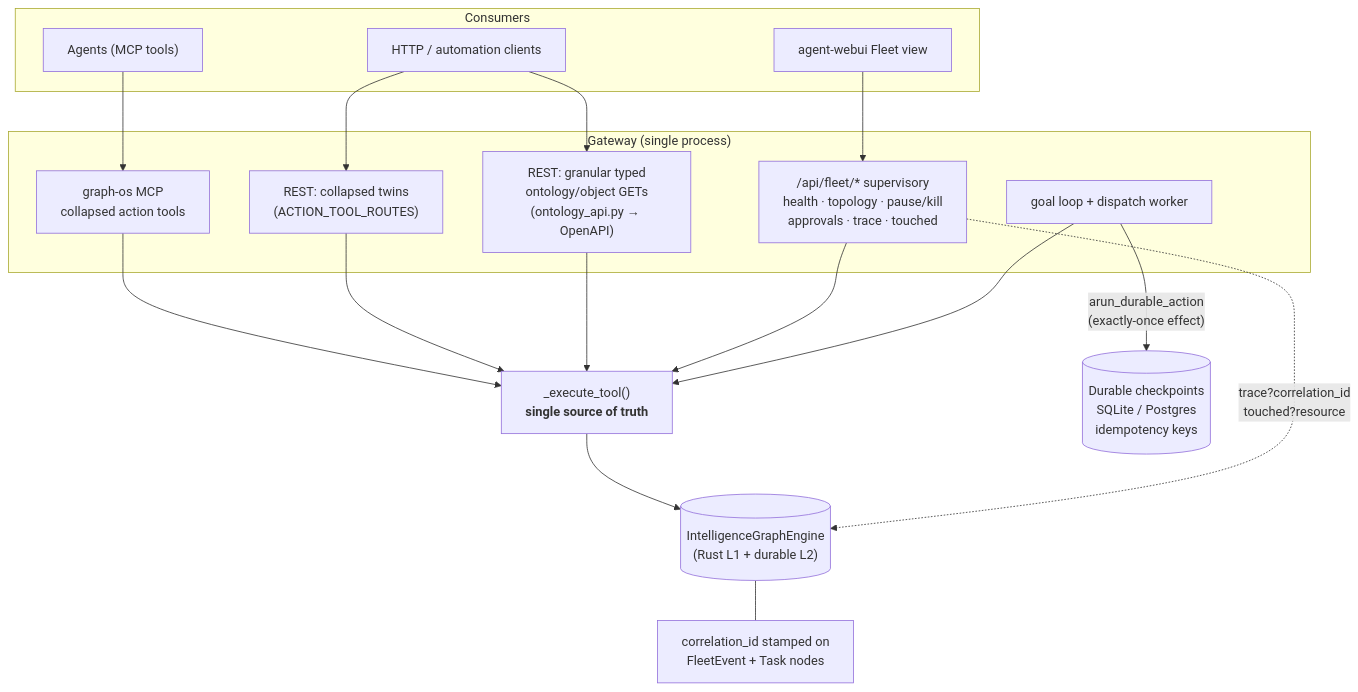
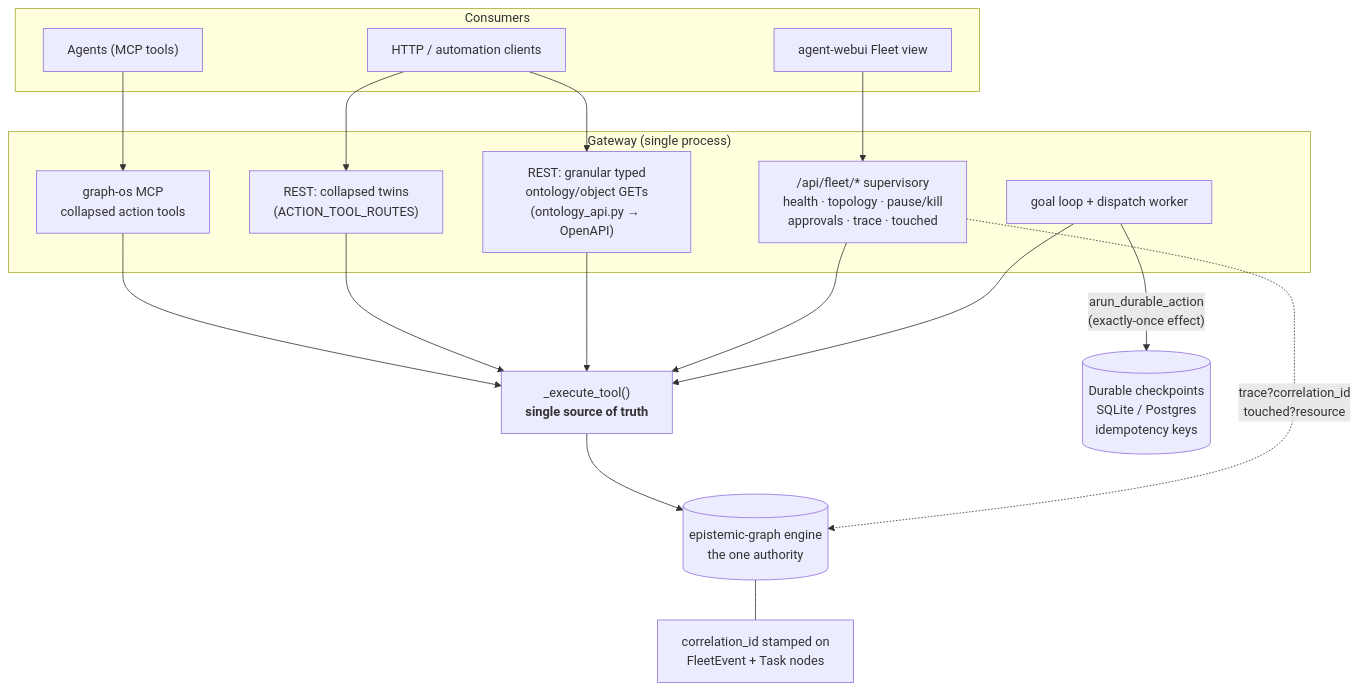
Before and after one commit to Knuckles-Team/agent-utilities: the diagram in docs/architecture/enterprise_supervisory_and_parity.md, drawn with Mermaid. The commit also changed other lines of this file and 29 other files, not shown here.

````diff
--- a/docs/architecture/enterprise_supervisory_and_parity.md
+++ b/docs/architecture/enterprise_supervisory_and_parity.md
@@ -8,35 +8,35 @@
 ```mermaid
 flowchart TB
     subgraph clients["Consumers"]
         agent["Agents (MCP tools)"]
         http["HTTP / automation clients"]
         ui["agent-webui Fleet view"]
     end
 
     subgraph gw["Gateway (single process)"]
         mcp["graph-os MCP<br/>collapsed action tools"]
         rest["REST: collapsed twins<br/>(ACTION_TOOL_ROUTES)"]
         gran["REST: granular typed<br/>ontology/object GETs<br/>(ontology_api.py → OpenAPI)"]
         fleet["/api/fleet/* supervisory<br/>health · topology · pause/kill<br/>approvals · trace · touched"]
         dispatch["goal loop + dispatch worker"]
     end
 
     exec["_execute_tool()<br/><b>single source of truth</b>"]
-    engine[("IntelligenceGraphEngine<br/>(Rust L1 + durable L2)")]
+    engine[("epistemic-graph engine<br/>the one authority")]
     durable[("Durable checkpoints<br/>SQLite / Postgres<br/>idempotency keys")]
     corr["correlation_id stamped on<br/>FleetEvent + Task nodes"]
 
     agent --> mcp
     http --> rest
     http --> gran
     ui --> fleet
     mcp --> exec
     rest --> exec
     gran --> exec
     fleet --> exec
     exec --> engine
     dispatch -->|"arun_durable_action<br/>(exactly-once effect)"| durable
     dispatch --> exec
     fleet -.->|"trace?correlation_id<br/>touched?resource"| engine
     engine --- corr
 ```
````
